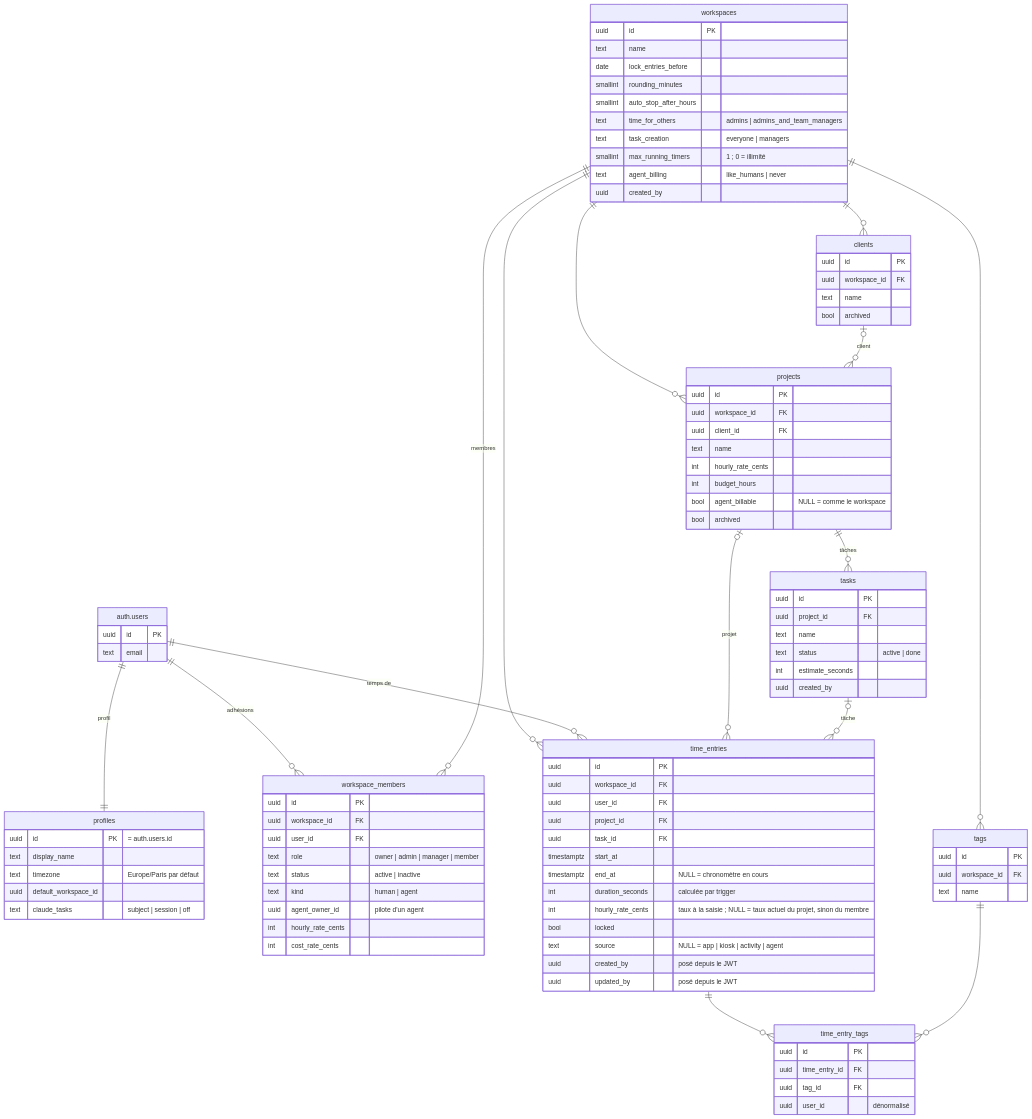
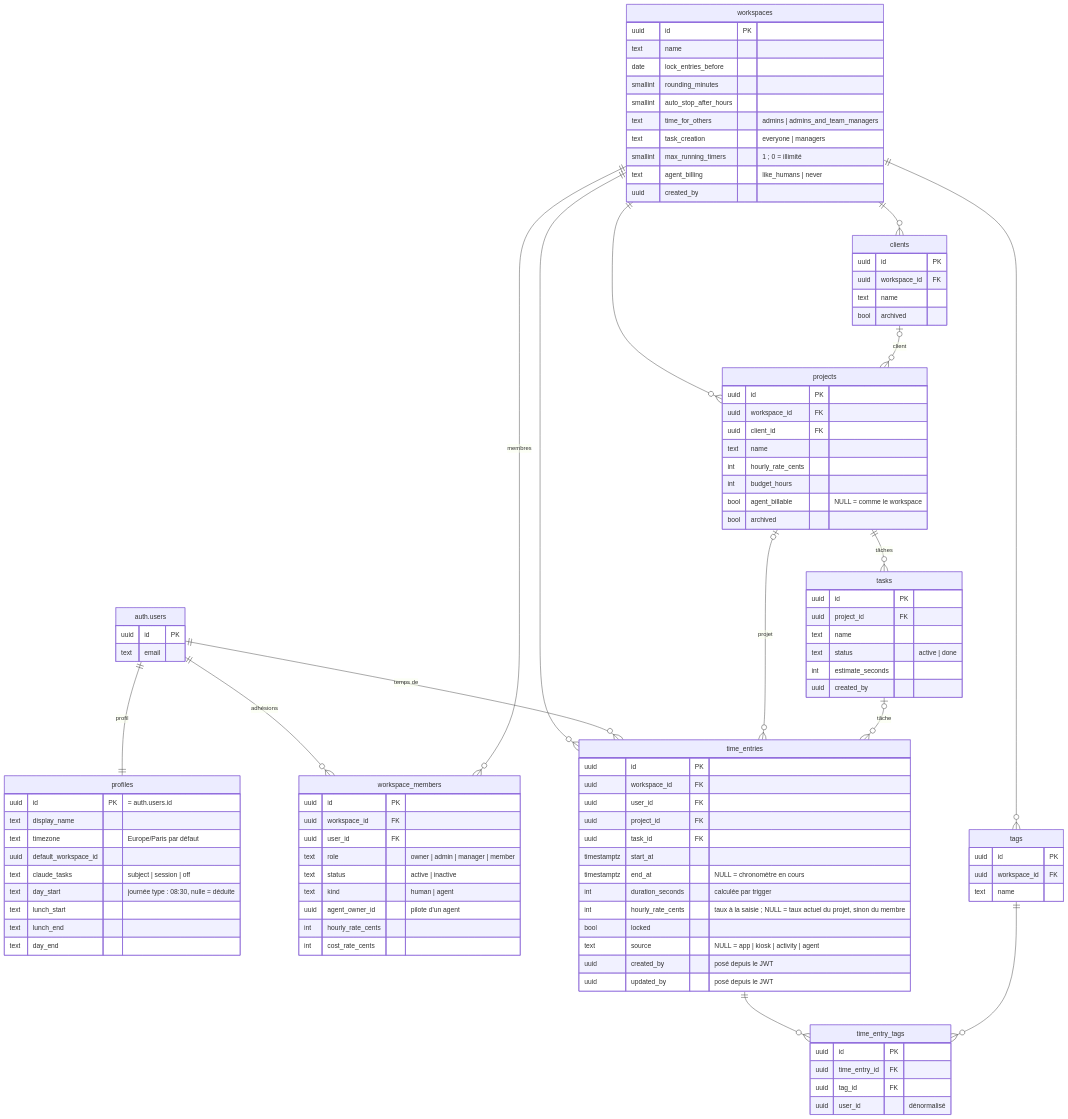
Before and after one commit to ysimonx/Clockifai: the first of 3 diagrams in docs/architecture/donnees.md, drawn with Mermaid. The commit also changed 23 other files, not shown here.

First line of the commit message:
Plan 13, lot 2 : « Aujourd'hui » à l'accueil, ma journée type, voir la journée

```diff
--- a/docs/architecture/donnees.md
+++ b/docs/architecture/donnees.md
@@ -47,6 +47,10 @@
     text timezone "Europe/Paris par défaut"
     uuid default_workspace_id
     text claude_tasks "subject | session | off"
+    text day_start "journée type : 08:30, nulle = déduite"
+    text lunch_start
+    text lunch_end
+    text day_end
   }
   workspaces {
     uuid id PK
```
